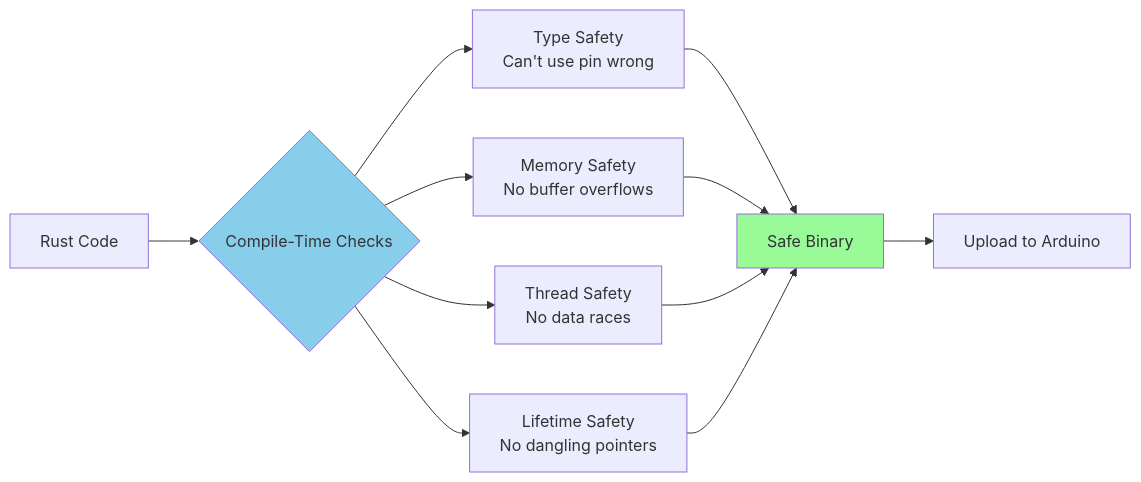
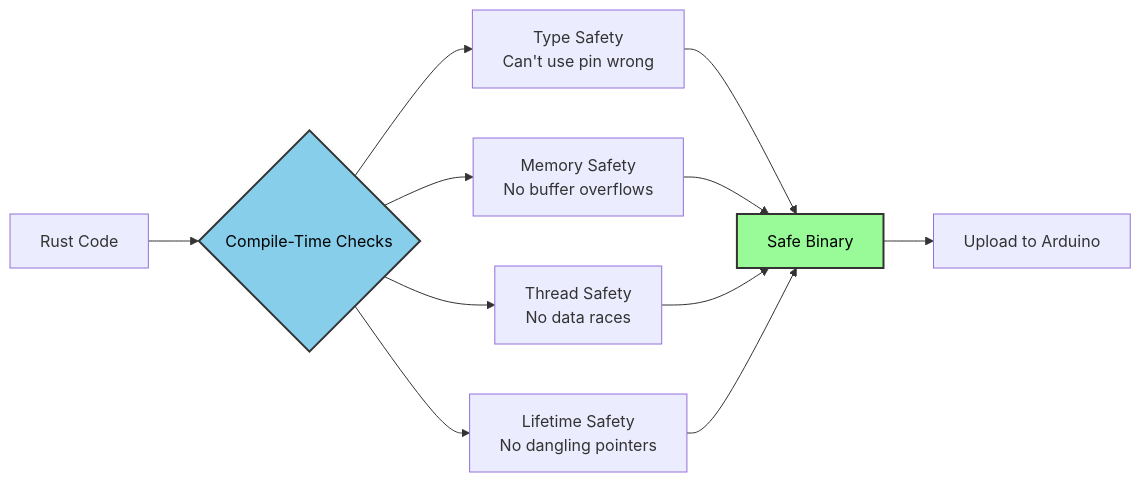
Before and after one commit to ScopeCreep-zip/ossidata: the seventh of 11 diagrams in docs/ARCHITECTURE.md, drawn with Mermaid. The commit also changed other lines of this file and 4 other files, not shown here.

Commit message:
Update to mermaid diagrams to be more readable

````diff
--- a/docs/ARCHITECTURE.md
+++ b/docs/ARCHITECTURE.md
@@ -502,19 +502,19 @@
 ```mermaid
 graph LR
     A[Rust Code] --> B{Compile-Time Checks}
 
     B --> C[Type Safety<br/>Can't use pin wrong]
     B --> D[Memory Safety<br/>No buffer overflows]
     B --> E[Thread Safety<br/>No data races]
     B --> F[Lifetime Safety<br/>No dangling pointers]
 
     C --> G[Safe Binary]
     D --> G
     E --> G
     F --> G
 
     G --> H[Upload to Arduino]
 
-    style B fill:#87CEEB
-    style G fill:#98FB98
+    style B fill:#87CEEB,stroke:#333,stroke-width:2px,color:#000
+    style G fill:#98FB98,stroke:#333,stroke-width:2px,color:#000
 ```
````
